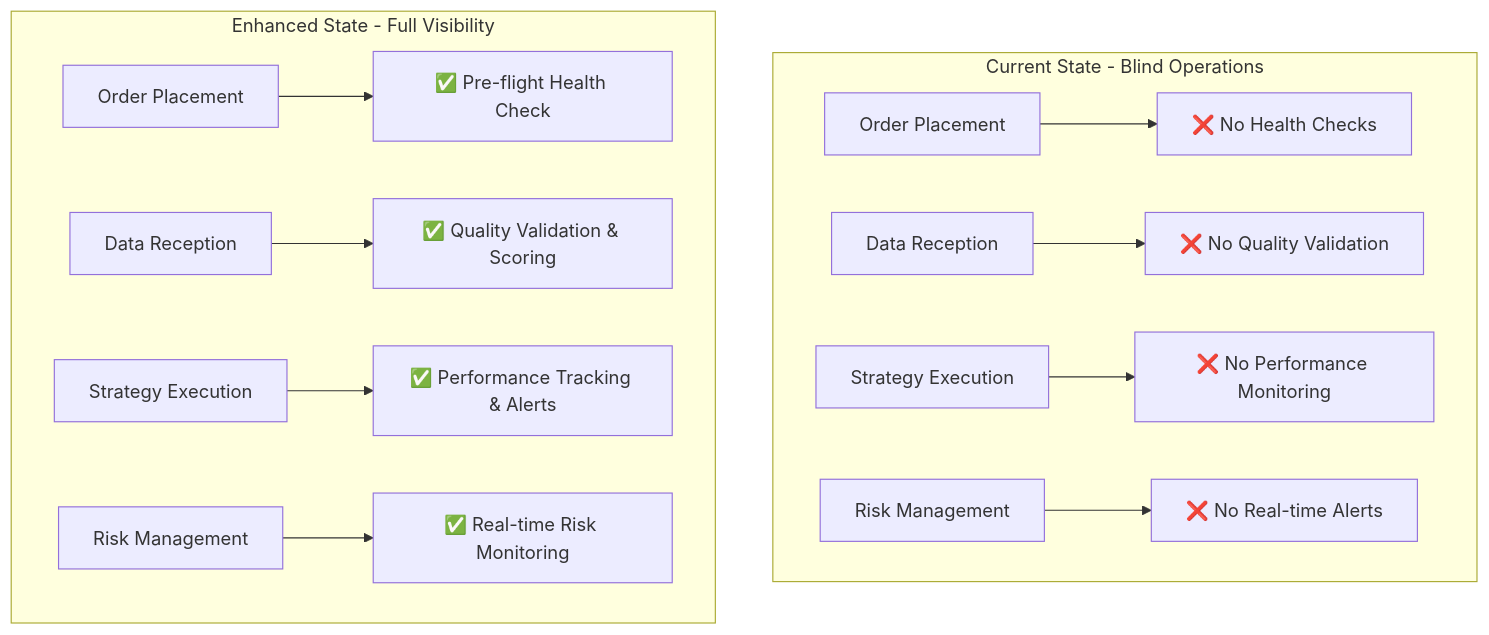
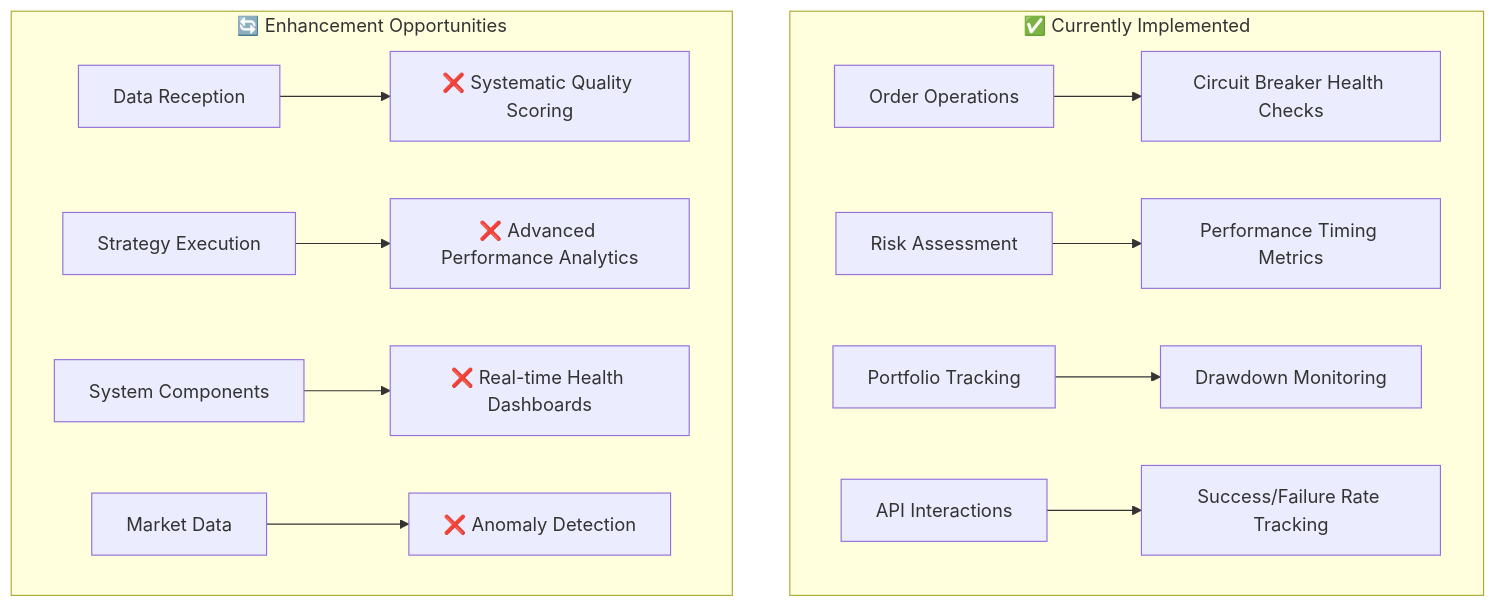
The fourth of 11 diagrams in workflow/business_logic/internal_models.md (plataplomo/hummingbot), drawn with Mermaid before and after one commit. The commit also changed other lines of this file and 58 other files, not shown here.

````diff
--- a/workflow/business_logic/internal_models.md
+++ b/workflow/business_logic/internal_models.md
@@ -187,16 +220,16 @@
 ```mermaid
 graph TD
-    subgraph "Current State - Blind Operations"
-        A[Order Placement] --> B[❌ No Health Checks]
-        C[Data Reception] --> D[❌ No Quality Validation]
-        E[Strategy Execution] --> F[❌ No Performance Monitoring]
-        G[Risk Management] --> H[❌ No Real-time Alerts]
+    subgraph "✅ Currently Implemented"
+        A[Order Operations] --> B[Circuit Breaker Health Checks]
+        C[Risk Assessment] --> D[Performance Timing Metrics]
+        E[Portfolio Tracking] --> F[Drawdown Monitoring]
+        G[API Interactions] --> H[Success/Failure Rate Tracking]
     end
     
-    subgraph "Enhanced State - Full Visibility"
-        I[Order Placement] --> J[✅ Pre-flight Health Check]
-        K[Data Reception] --> L[✅ Quality Validation & Scoring]
-        M[Strategy Execution] --> N[✅ Performance Tracking & Alerts]
-        O[Risk Management] --> P[✅ Real-time Risk Monitoring]
+    subgraph "🔄 Enhancement Opportunities"
+        I[Data Reception] --> J[❌ Systematic Quality Scoring]
+        K[Strategy Execution] --> L[❌ Advanced Performance Analytics]
+        M[System Components] --> N[❌ Real-time Health Dashboards]
+        O[Market Data] --> P[❌ Anomaly Detection]
     end
 ```
````
